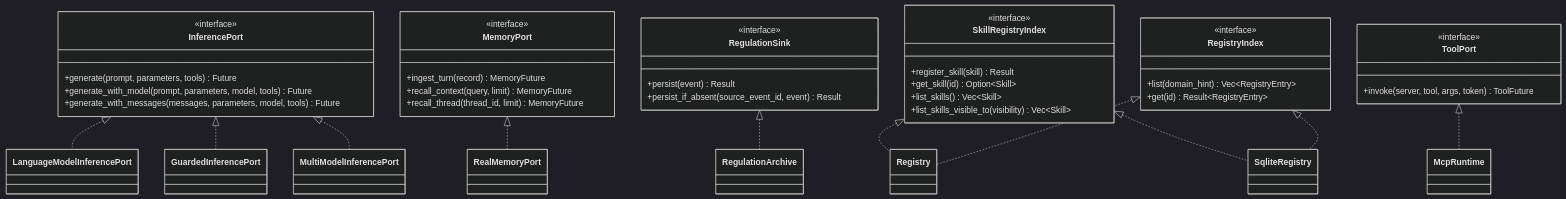
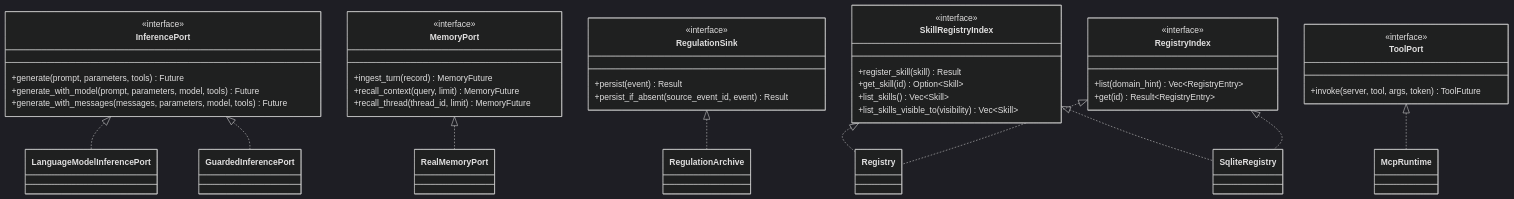
Before and after one commit to mdz-axo/zed-kask: the diagram in kask/docs/diataxis/hkask-types/reference.md, drawn with Mermaid (dark theme). The commit also changed other lines of this file and 35 other files, not shown here.

First line of the commit message:
Remove fusion multi-model deliberation system

````diff
--- a/kask/docs/diataxis/hkask-types/reference.md
+++ b/kask/docs/diataxis/hkask-types/reference.md
@@ -44,47 +44,46 @@
 ```mermaid
 classDiagram
     class InferencePort {
         <<interface>>
         +generate(prompt, parameters, tools) Future
         +generate_with_model(prompt, parameters, model, tools) Future
         +generate_with_messages(messages, parameters, model, tools) Future
     }
     class MemoryPort {
         <<interface>>
         +ingest_turn(record) MemoryFuture
         +recall_context(query, limit) MemoryFuture
         +recall_thread(thread_id, limit) MemoryFuture
     }
     class RegulationSink {
         <<interface>>
         +persist(event) Result
         +persist_if_absent(source_event_id, event) Result
     }
     class SkillRegistryIndex {
         <<interface>>
         +register_skill(skill) Result
         +get_skill(id) Option~Skill~
         +list_skills() Vec~Skill~
         +list_skills_visible_to(visibility) Vec~Skill~
     }
     class RegistryIndex {
         <<interface>>
         +list(domain_hint) Vec~RegistryEntry~
         +get(id) Result~RegistryEntry~
     }
     class ToolPort {
         <<interface>>
         +invoke(server, tool, args, token) ToolFuture
     }
 
     InferencePort <|.. LanguageModelInferencePort
     InferencePort <|.. GuardedInferencePort
-    InferencePort <|.. MultiModelInferencePort
     MemoryPort <|.. RealMemoryPort
     RegulationSink <|.. RegulationArchive
     SkillRegistryIndex <|.. Registry
     RegistryIndex <|.. Registry
     SkillRegistryIndex <|.. SqliteRegistry
     RegistryIndex <|.. SqliteRegistry
     ToolPort <|.. McpRuntime
 ```
````
